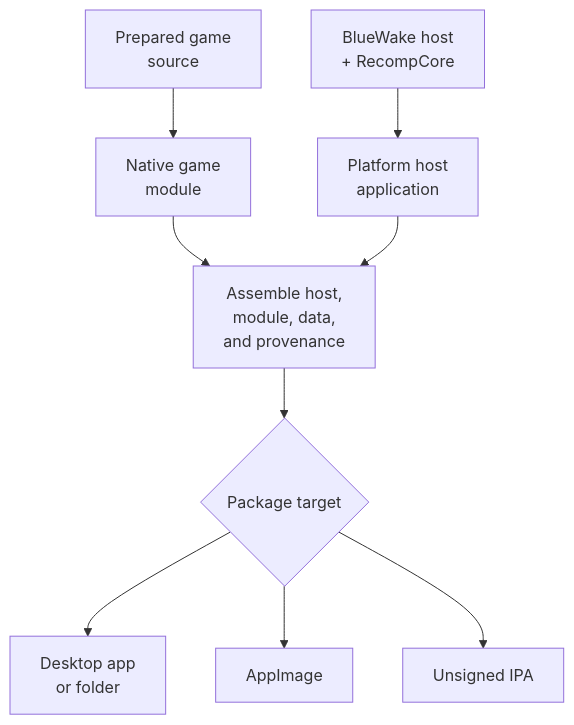
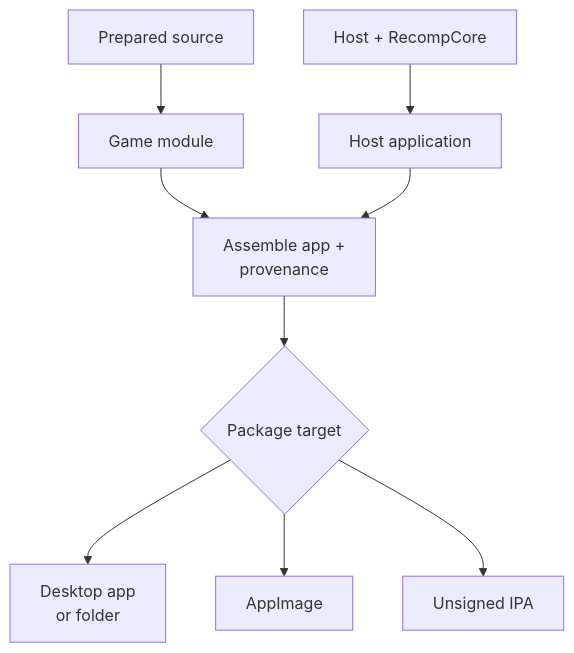
One commit to Aelbannan/boat_of_daphnes changed the tenth of 10 diagrams in docs/architecture/Build.md. Above: the diagram before and after it, drawn with Mermaid. The commit also changed other lines of this file, not shown here.

Commit message:
Simplify build diagrams

````diff
--- a/docs/architecture/Build.md
+++ b/docs/architecture/Build.md
@@ -633,27 +554,22 @@
 ```mermaid
 flowchart TD
-    Composite["`Prepared game
-source`"]
-    Runtime["`BlueWake host
-+ RecompCore`"]
-    Module["`Native game
-module`"]
-    Host["`Platform host
-application`"]
-    Assemble["`Assemble host,
-module, data,
-and provenance`"]
+    Composite["Prepared source"]
+    Runtime["Host + RecompCore"]
+    Module["Game module"]
+    Host["Host application"]
+    Assemble["`Assemble app +
+provenance`"]
     Package{"Package target"}
     Desktop["`Desktop app
 or folder`"]
     AppImage["AppImage"]
     IPA["Unsigned IPA"]
 
     Composite --> Module
     Runtime --> Host
     Module --> Assemble
     Host --> Assemble --> Package
     Package --> Desktop
     Package --> AppImage
     Package --> IPA
 ```
````
